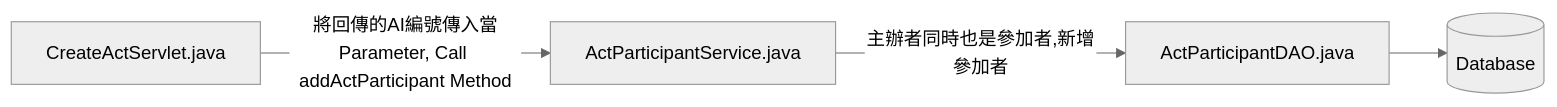
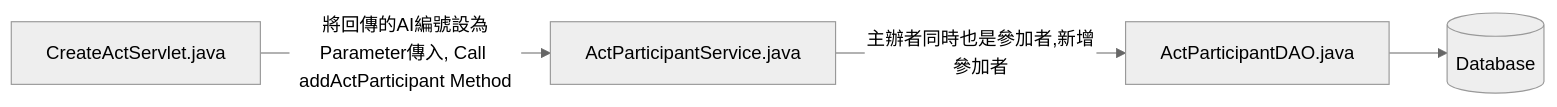
Before and after one commit to TLexYuW/CGA103G1OwnPart: the third of 13 diagrams in README.md, drawn with Mermaid (neutral theme). The commit also changed other lines of this file, not shown here.

````diff
--- a/README.md
+++ b/README.md
@@ -68,5 +68,5 @@
 ```mermaid
 flowchart LR
-	CAS[CreateActServlet.java] -->|將回傳的AI編號傳入當Parameter, Call addActParticipant Method| APS[ActParticipantService.java] 
+	CAS[CreateActServlet.java] -->|將回傳的AI編號設為Parameter傳入, Call addActParticipant Method| APS[ActParticipantService.java] 
 	-->|主辦者同時也是參加者,新增參加者| APDAO[ActParticipantDAO.java] --> DB[(Database)]
 ```
````
